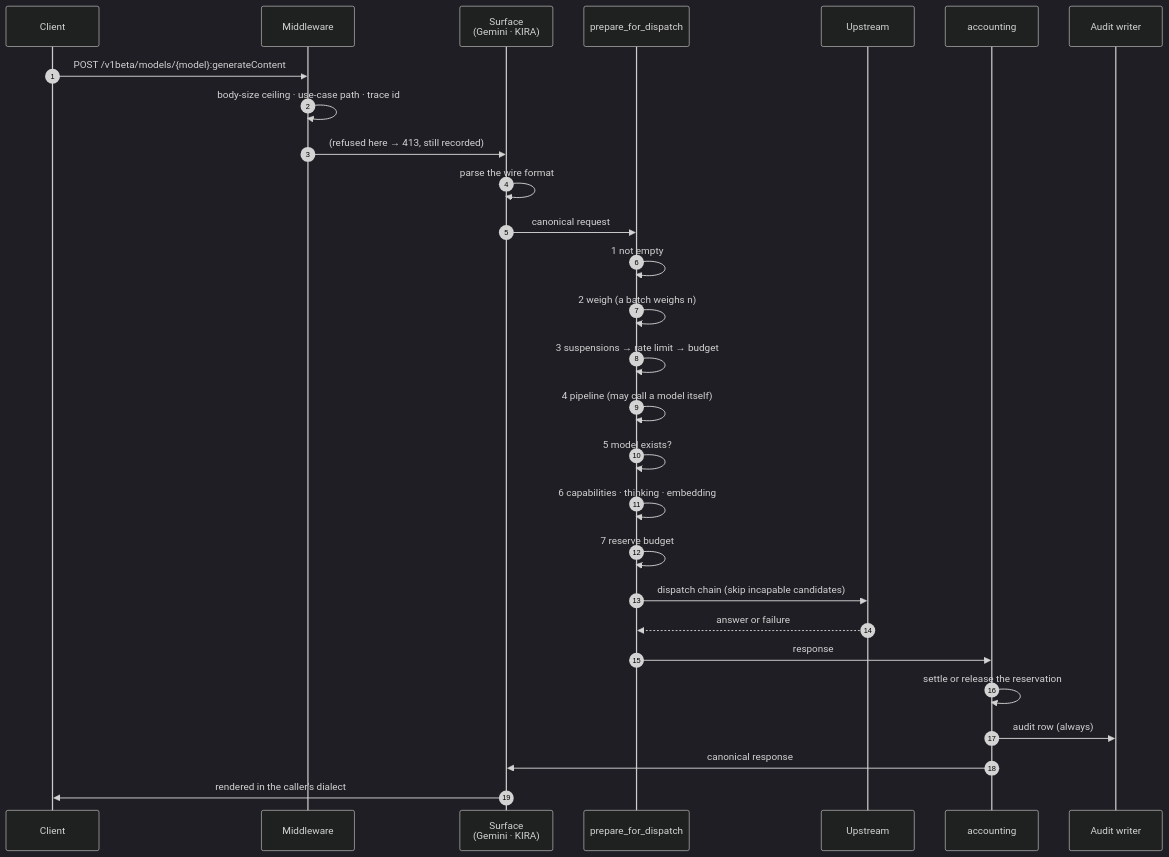
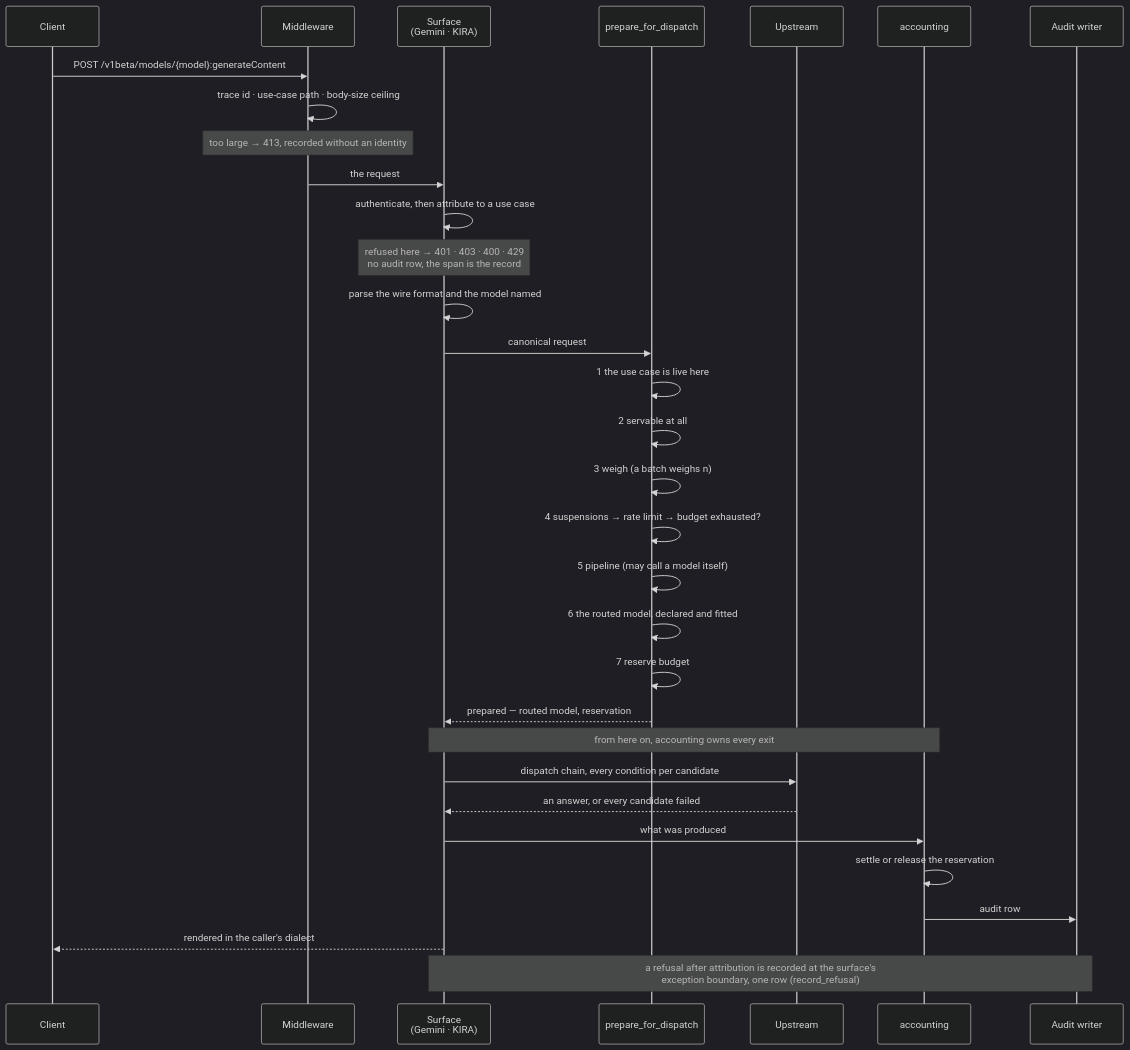
One commit to InigoImago/AIRA-Gateway changed the first of 6 diagrams in docs/REQUEST-LIFECYCLE.md. Above: the diagram before and after it, drawn with Mermaid (dark theme). The commit also changed other lines of this file and 179 other files, not shown here.

````diff
--- a/docs/REQUEST-LIFECYCLE.md
+++ b/docs/REQUEST-LIFECYCLE.md
@@ -15,31 +16,36 @@
 ```mermaid
+%% No `autonumber`: the numbers on prepare_for_dispatch's arrows are the steps of §4.
 sequenceDiagram
-    autonumber
     participant C as Client
     participant M as Middleware
     participant S as Surface<br/>(Gemini · KIRA)
     participant P as prepare_for_dispatch
     participant U as Upstream
     participant A as accounting
     participant W as Audit writer
 
     C->>M: POST /v1beta/models/{model}:generateContent
-    M->>M: body-size ceiling · use-case path · trace id
-    M->>S: (refused here → 413, still recorded)
-    S->>S: parse the wire format
+    M->>M: trace id · use-case path · body-size ceiling
+    Note over M: too large → 413, recorded without an identity
+    M->>S: the request
+    S->>S: authenticate, then attribute to a use case
+    Note over S: refused here → 401 · 403 · 400 · 429<br/>no audit row, the span is the record
+    S->>S: parse the wire format and the model named
     S->>P: canonical request
-    P->>P: 1 not empty
-    P->>P: 2 weigh (a batch weighs n)
-    P->>P: 3 suspensions → rate limit → budget
-    P->>P: 4 pipeline (may call a model itself)
-    P->>P: 5 model exists?
-    P->>P: 6 capabilities · thinking · embedding
+    P->>P: 1 the use case is live here
+    P->>P: 2 servable at all
+    P->>P: 3 weigh (a batch weighs n)
+    P->>P: 4 suspensions → rate limit → budget exhausted?
+    P->>P: 5 pipeline (may call a model itself)
+    P->>P: 6 the routed model, declared and fitted
     P->>P: 7 reserve budget
-    P->>U: dispatch chain (skip incapable candidates)
-    U-->>P: answer or failure
-    P->>A: response
+    P-->>S: prepared — routed model, reservation
+    Note over S,A: from here on, accounting owns every exit
+    S->>U: dispatch chain, every condition per candidate
+    U-->>S: an answer, or every candidate failed
+    S->>A: what was produced
     A->>A: settle or release the reservation
-    A->>W: audit row (always)
-    A->>S: canonical response
-    S->>C: rendered in the caller's dialect
+    A->>W: audit row
+    S-->>C: rendered in the caller's dialect
+    Note over S,W: a refusal after attribution is recorded at the surface's<br/>exception boundary, one row (record_refusal)
 ```
````
